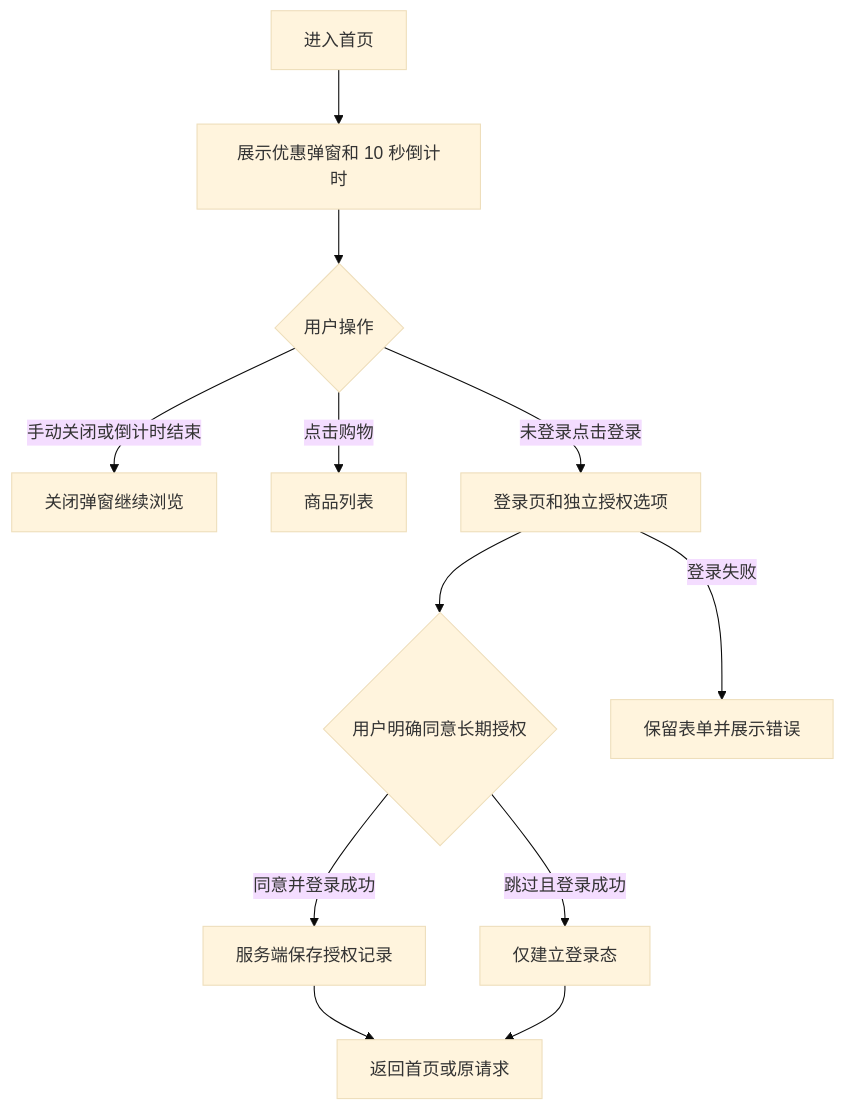
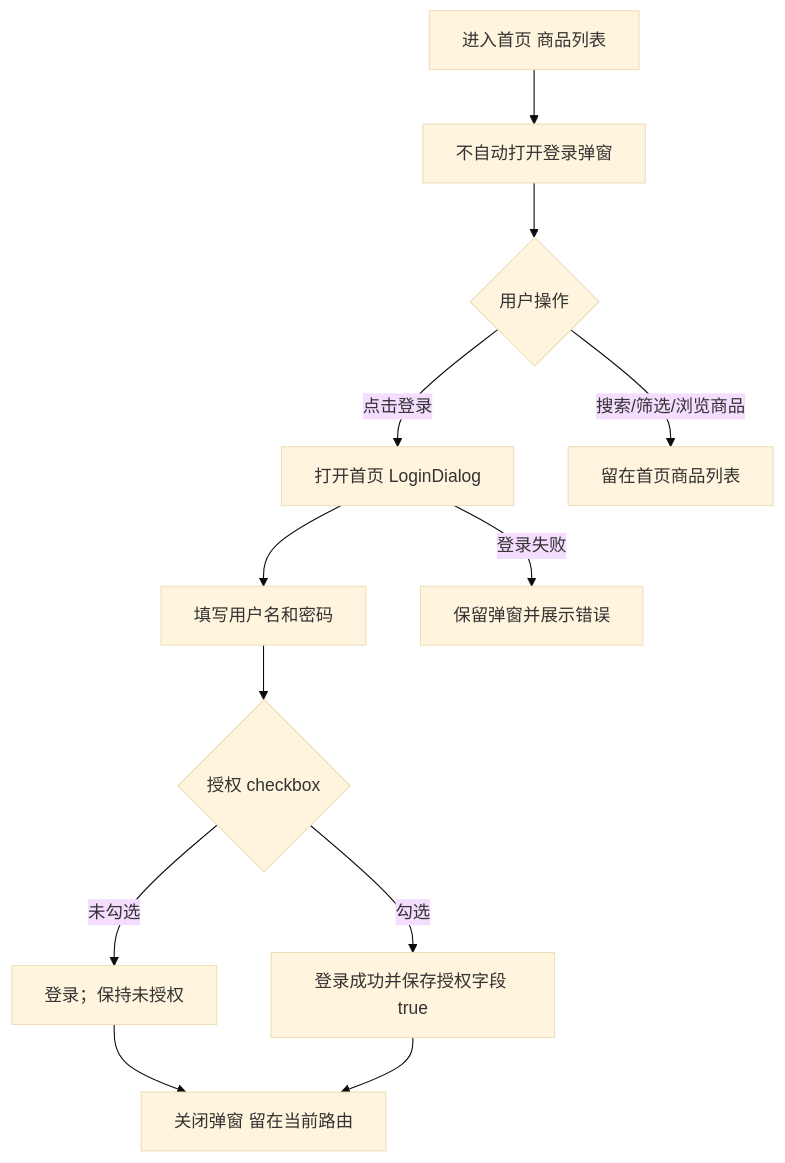
The first of 3 diagrams in docs/v0.1.0/frontend-technical-design.md (sunqun/ai-shop-assistant), drawn with Mermaid (base theme) before and after one commit. The commit also changed other lines of this file and 53 other files, not shown here.

````diff
--- a/docs/v0.1.0/frontend-technical-design.md
+++ b/docs/v0.1.0/frontend-technical-design.md
@@ -302,14 +284,14 @@
 ```mermaid
 flowchart TD
-  A[进入首页] --> B[展示优惠弹窗和 10 秒倒计时]
+  A[进入首页 商品列表] --> B[不自动打开登录弹窗]
   B --> C{用户操作}
-  C -->|手动关闭或倒计时结束| D[关闭弹窗继续浏览]
-  C -->|点击购物| E[商品列表]
-  C -->|未登录点击登录| F[登录页和独立授权选项]
-  F --> G{用户明确同意长期授权}
-  G -->|同意并登录成功| H[服务端保存授权记录]
-  G -->|跳过且登录成功| I[仅建立登录态]
-  H --> J[返回首页或原请求]
+  C -->|点击登录| D[打开首页 LoginDialog]
+  C -->|搜索/筛选/浏览商品| E[留在首页商品列表]
+  D --> F[填写用户名和密码]
+  F --> G{授权 checkbox}
+  G -->|未勾选| H[登录；保持未授权]
+  G -->|勾选| I[登录成功并保存授权字段 true]
+  H --> J[关闭弹窗 留在当前路由]
   I --> J
-  F -->|登录失败| K[保留表单并展示错误]
+  D -->|登录失败| K[保留弹窗并展示错误]
 ```
````
